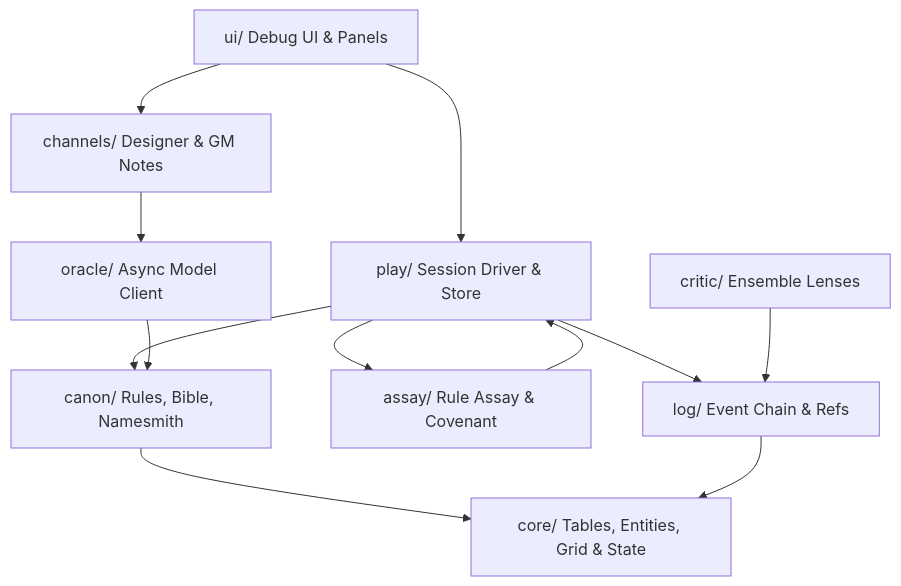
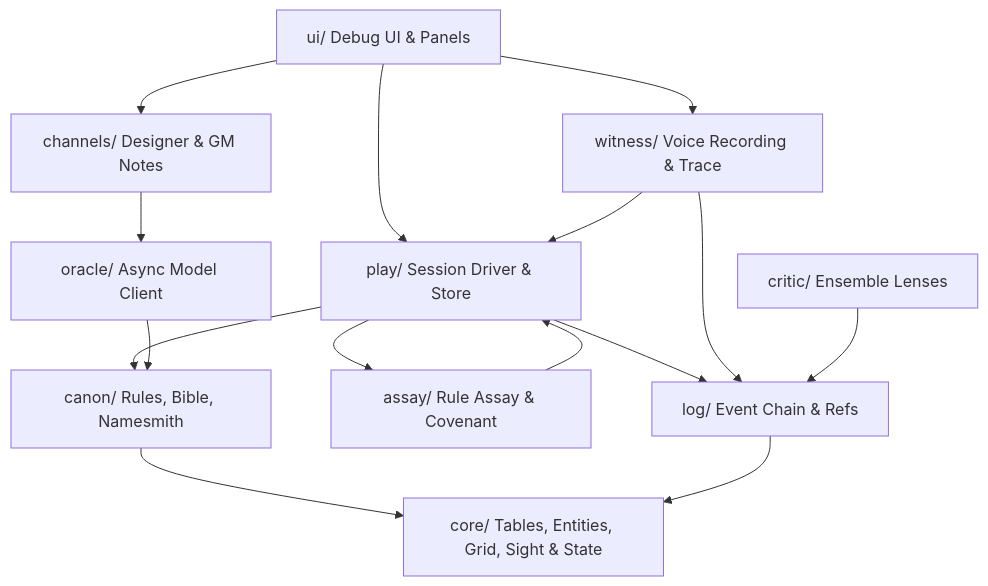
Before and after one commit to earchibald/evolving-rpg: the first of 2 diagrams in openwiki/architecture/overview.md, drawn with Mermaid. The commit also changed other lines of this file and 5 other files, not shown here.

````diff
--- a/openwiki/architecture/overview.md
+++ b/openwiki/architecture/overview.md
@@ -18,14 +18,17 @@
 ```mermaid
 flowchart TD
     UI[ui/ Debug UI & Panels] --> Play[play/ Session Driver & Store]
     UI --> Channels[channels/ Designer & GM Notes]
+    UI --> Witness[witness/ Voice Recording & Trace]
     Play --> Canon[canon/ Rules, Bible, Namesmith]
     Play --> Assay[assay/ Rule Assay & Covenant]
     Play --> Log[log/ Event Chain & Refs]
+    Witness --> Log
+    Witness --> Play
     Critic[critic/ Ensemble Lenses] --> Log
     Assay --> Play
     Channels --> Oracle[oracle/ Async Model Client]
-    Canon --> Core[core/ Tables, Entities, Grid & State]
+    Canon --> Core[core/ Tables, Entities, Grid, Sight & State]
     Oracle --> Canon
     Log --> Core
 ```
````
